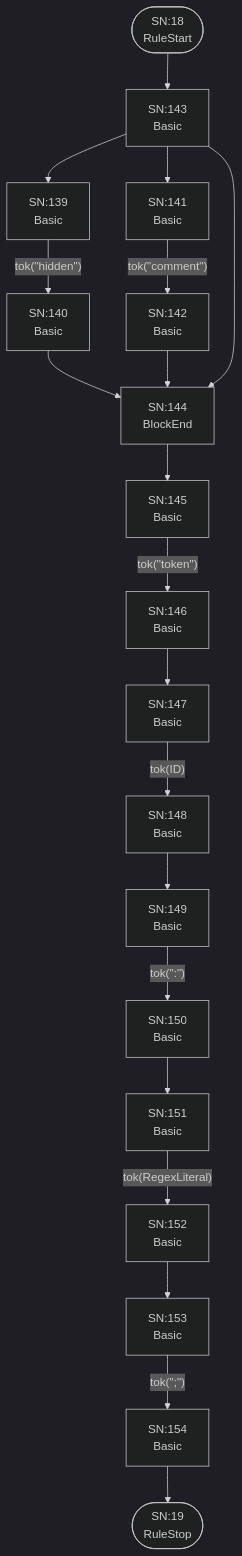
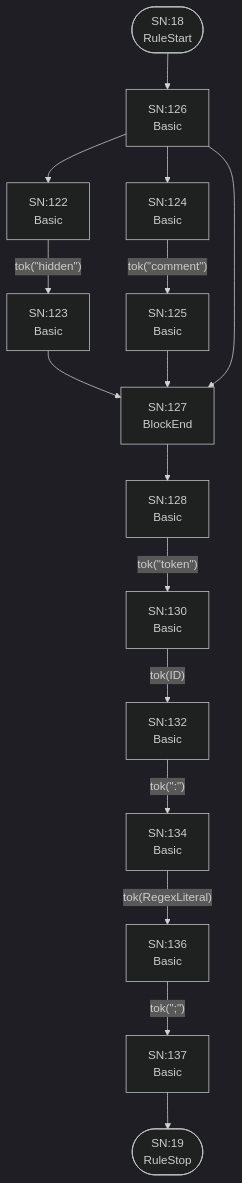
The tenth of 25 diagrams in internal/grammar/atn.md (TypeFox/fastbelt), drawn with Mermaid (dark theme) before and after one commit. The commit also changed other lines of this file and 4 other files, not shown here.

````diff
--- a/internal/grammar/atn.md
+++ b/internal/grammar/atn.md
@@ -286,41 +252,33 @@
 ```mermaid
 flowchart TD
     q18(["SN:18<br/>RuleStart"])
     q19(["SN:19<br/>RuleStop"])
-    q139["SN:139<br/>Basic<br/>"]
-    q140["SN:140<br/>Basic<br/>"]
-    q141["SN:141<br/>Basic<br/>"]
-    q142["SN:142<br/>Basic<br/>"]
-    q143["SN:143<br/>Basic<br/>"]
-    q144["SN:144<br/>BlockEnd<br/>"]
-    q145["SN:145<br/>Basic<br/>"]
-    q146["SN:146<br/>Basic<br/>"]
-    q147["SN:147<br/>Basic<br/>"]
-    q148["SN:148<br/>Basic<br/>"]
-    q149["SN:149<br/>Basic<br/>"]
-    q150["SN:150<br/>Basic<br/>"]
-    q151["SN:151<br/>Basic<br/>"]
-    q152["SN:152<br/>Basic<br/>"]
-    q153["SN:153<br/>Basic<br/>"]
-    q154["SN:154<br/>Basic<br/>"]
+    q122["SN:122<br/>Basic<br/>"]
+    q123["SN:123<br/>Basic<br/>"]
+    q124["SN:124<br/>Basic<br/>"]
+    q125["SN:125<br/>Basic<br/>"]
+    q126["SN:126<br/>Basic<br/>"]
+    q127["SN:127<br/>BlockEnd<br/>"]
+    q128["SN:128<br/>Basic<br/>"]
+    q129["SN:130<br/>Basic<br/>"]
+    q130["SN:132<br/>Basic<br/>"]
+    q131["SN:134<br/>Basic<br/>"]
+    q132["SN:136<br/>Basic<br/>"]
+    q133["SN:137<br/>Basic<br/>"]
 
-    q18 --> q143
-    q139 -->|"tok(&quot;hidden&quot;)"| q140
-    q140 --> q144
-    q141 -->|"tok(&quot;comment&quot;)"| q142
-    q142 --> q144
-    q143 --> q139
-    q143 --> q141
-    q143 --> q144
-    q144 --> q145
-    q145 -->|"tok(&quot;token&quot;)"| q146
-    q146 --> q147
-    q147 -->|"tok(ID)"| q148
-    q148 --> q149
-    q149 -->|"tok(&quot;:&quot;)"| q150
-    q150 --> q151
-    q151 -->|"tok(RegexLiteral)"| q152
-    q152 --> q153
-    q153 -->|"tok(&quot;;&quot;)"| q154
-    q154 --> q19
+    q18 --> q126
+    q122 -->|"tok(&quot;hidden&quot;)"| q123
+    q123 --> q127
+    q124 -->|"tok(&quot;comment&quot;)"| q125
+    q125 --> q127
+    q126 --> q122
+    q126 --> q124
+    q126 --> q127
+    q127 --> q128
+    q128 -->|"tok(&quot;token&quot;)"| q129
+    q129 -->|"tok(ID)"| q130
+    q130 -->|"tok(&quot;:&quot;)"| q131
+    q131 -->|"tok(RegexLiteral)"| q132
+    q132 -->|"tok(&quot;;&quot;)"| q133
+    q133 --> q19
 ```
````
